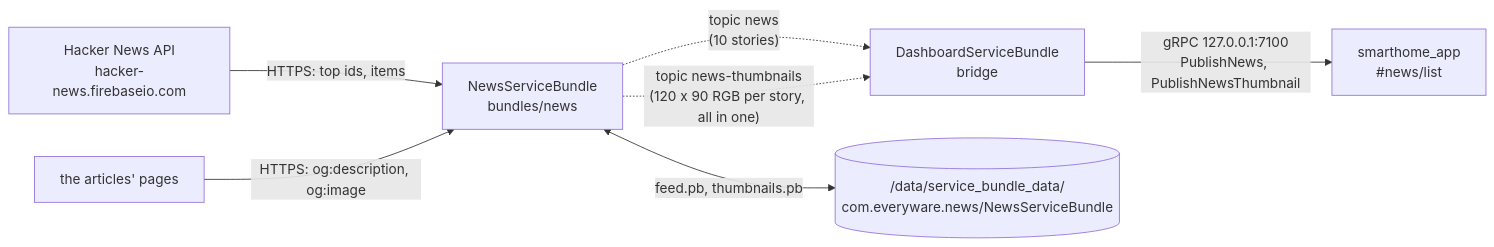
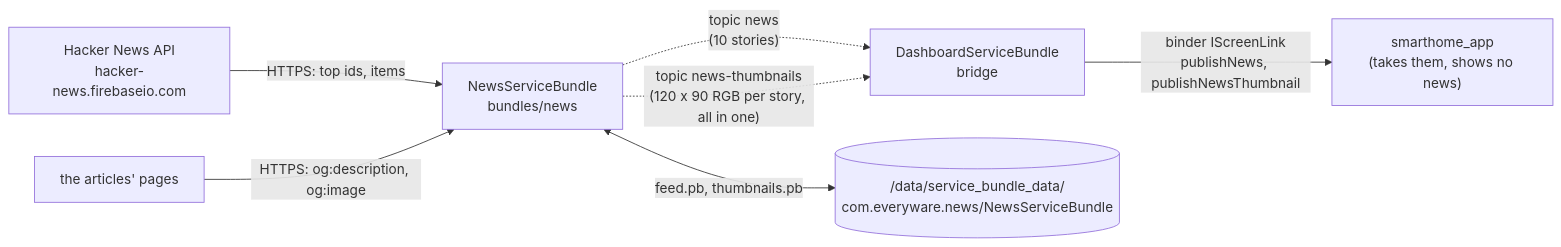
One commit to sdv-everyware/everyware changed the diagram in bundles/news/README.md. Above: the diagram before and after it, drawn with Mermaid. The commit also changed other lines of this file and 7 other files, not shown here.

````diff
--- a/bundles/news/README.md
+++ b/bundles/news/README.md
@@ -10,9 +10,9 @@
 ```mermaid
 flowchart LR
     HN["Hacker News API<br/>hacker-news.firebaseio.com"] -- "HTTPS: top ids, items" --> NB
     ART["the articles' pages"] -- "HTTPS: og:description, og:image" --> NB
     NB["NewsServiceBundle<br/>bundles/news"] -. "topic news<br/>(10 stories)" .-> DB["DashboardServiceBundle<br/>bridge"]
     NB -. "topic news-thumbnails<br/>(120 x 90 RGB per story, all in one)" .-> DB
     NB <-- "feed.pb, thumbnails.pb" --> ST[("/data/service_bundle_data/<br/>com.everyware.news/NewsServiceBundle")]
-    DB -- "gRPC 127.0.0.1:7100<br/>PublishNews, PublishNewsThumbnail" --> APP["smarthome_app<br/>#news/list"]
+    DB -- "binder IScreenLink<br/>publishNews, publishNewsThumbnail" --> APP["smarthome_app<br/>(takes them, shows no news)"]
 ```
````
